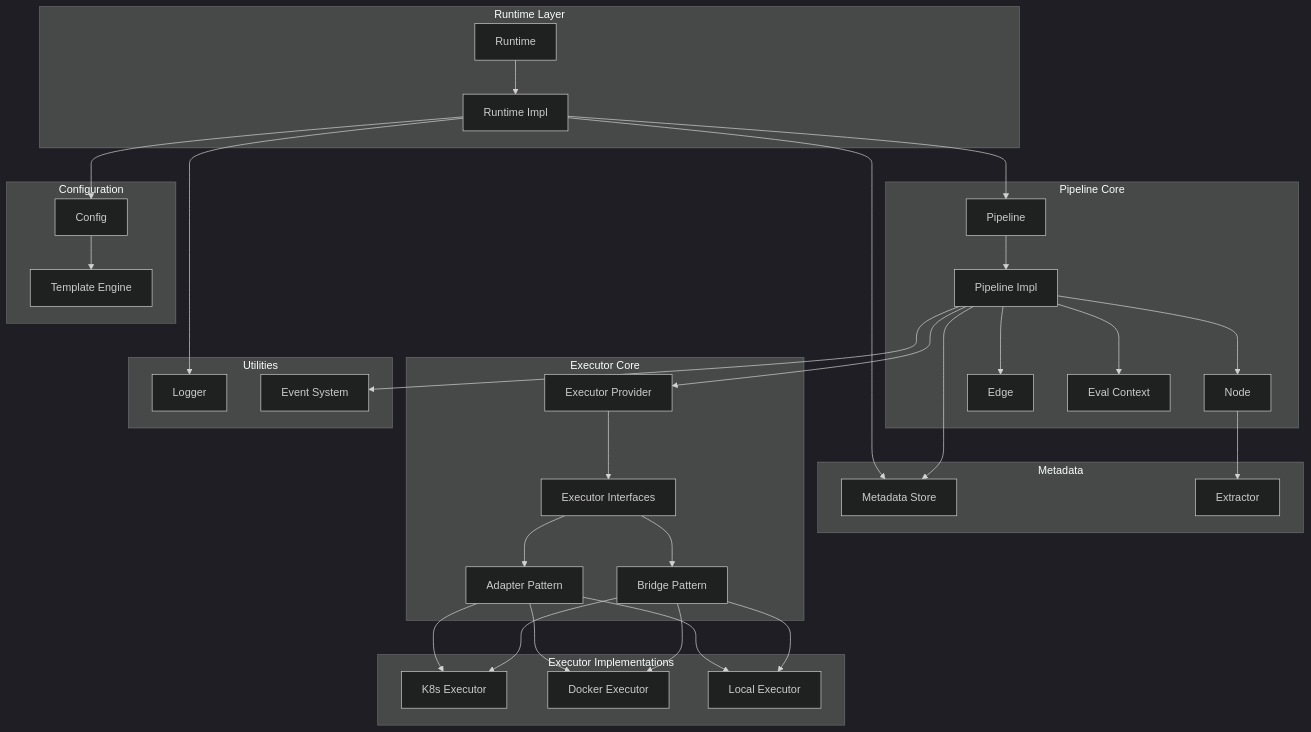
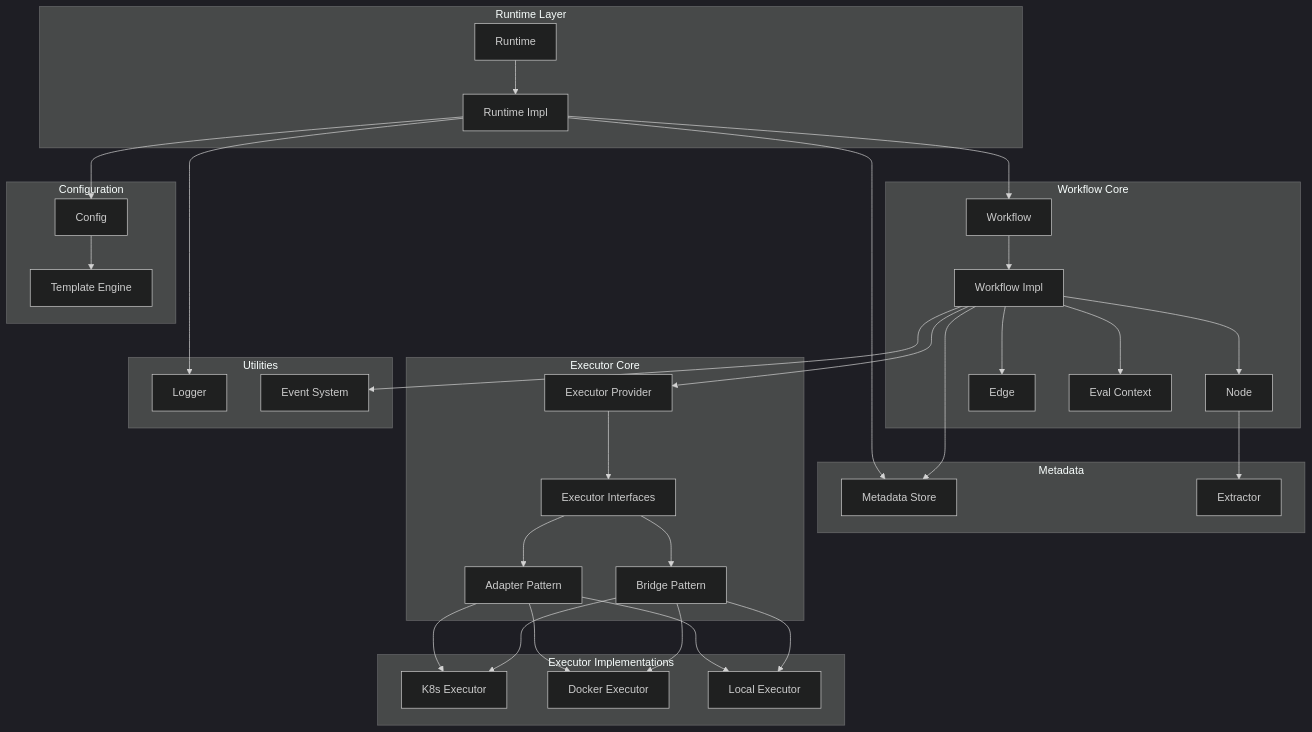
One commit to LerkoX/flowx changed the diagram in README.md. Above: the diagram before and after it, drawn with Mermaid (dark theme). The commit also changed other lines of this file and 99 other files, not shown here.

First line of the commit message:
refactor: Pipeline 统一更名为 Workflow

````diff
--- a/README.md
+++ b/README.md
@@ -504,67 +504,67 @@
 ```mermaid
 graph TB
     subgraph "Runtime Layer"
         RT[Runtime]
         RTI[Runtime Impl]
     end
 
-    subgraph "Pipeline Core"
-        PL[Pipeline]
-        PLI[Pipeline Impl]
+    subgraph "Workflow Core"
+        PL[Workflow]
+        PLI[Workflow Impl]
         NODE[Node]
         EDGE[Edge]
         EVAL[Eval Context]
     end
 
     subgraph "Configuration"
         CFG[Config]
         TPL[Template Engine]
     end
 
     subgraph "Metadata"
         MD[Metadata Store]
         EXT[Extractor]
     end
 
     subgraph "Executor Core"
         EP[Executor Provider]
         EI[Executor Interfaces]
         ADP[Adapter Pattern]
         BRG[Bridge Pattern]
     end
 
     subgraph "Executor Implementations"
         K8S[K8s Executor]
         DOCKER[Docker Executor]
         LOCAL[Local Executor]
     end
 
     subgraph "Utilities"
         LOG[Logger]
         EVT[Event System]
     end
 
     RT --> RTI
     RTI --> PL
     PL --> PLI
     PLI --> NODE
     PLI --> EDGE
     PLI --> EVAL
     PLI --> EP
     EP --> EI
     EI --> ADP
     EI --> BRG
     ADP --> K8S
     ADP --> DOCKER
     ADP --> LOCAL
     BRG --> K8S
     BRG --> DOCKER
     BRG --> LOCAL
     RTI --> CFG
     RTI --> MD
     PLI --> MD
     CFG --> TPL
     NODE --> EXT
     PLI --> EVT
     RTI --> LOG
 ```
````
